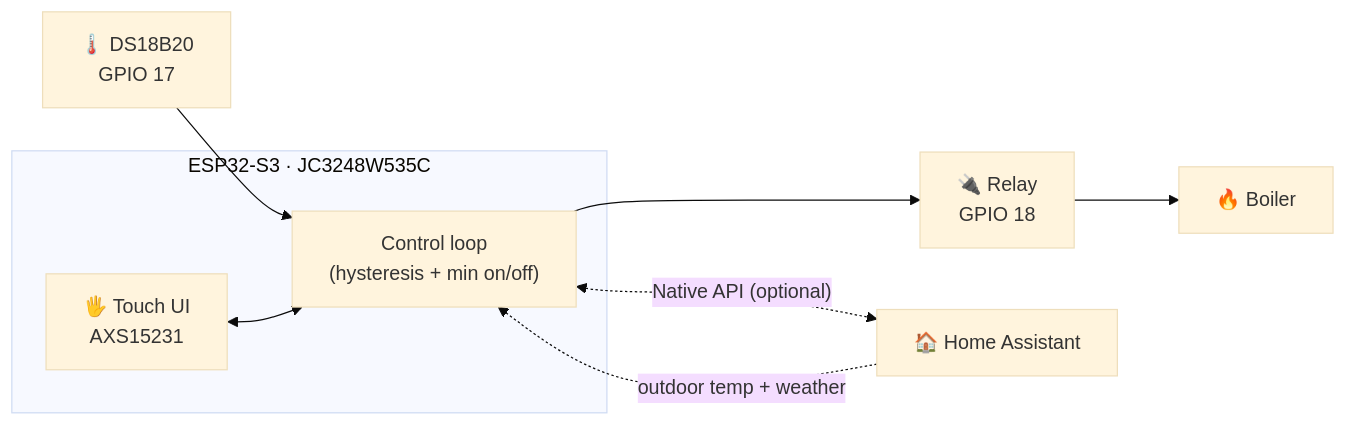
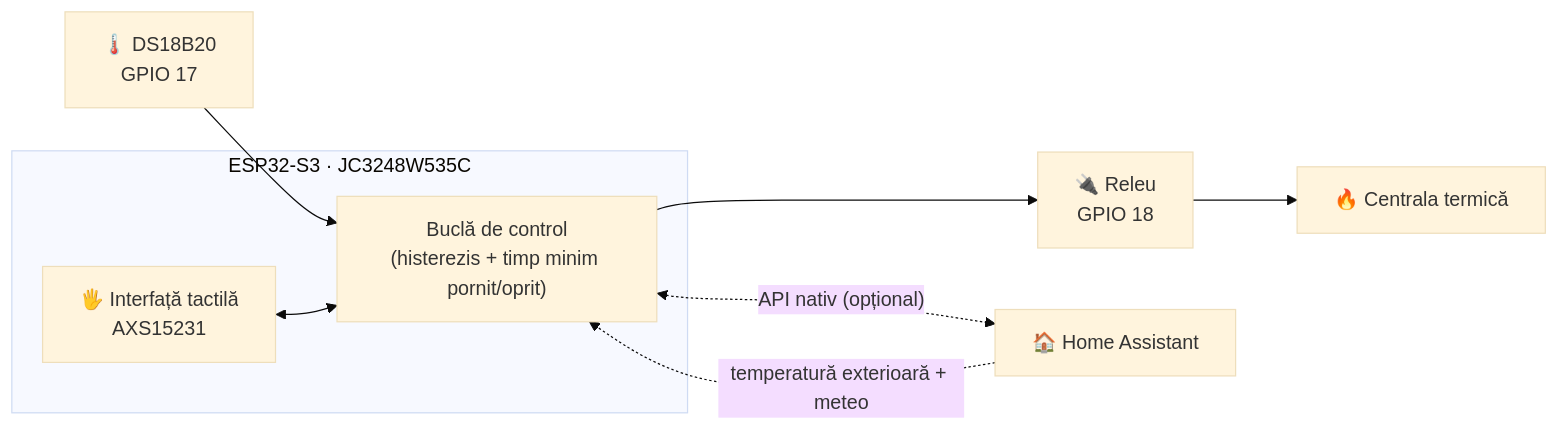
Before and after one commit to DaradiciLevente/jc3248w535c-esphome-termostat: the diagram in RO/readme.md, drawn with Mermaid (base theme). The commit also changed other lines of this file, not shown here.

````diff
--- a/RO/readme.md
+++ b/RO/readme.md
@@ -64,13 +66,13 @@
 ```mermaid
 flowchart LR
     S["🌡️ DS18B20<br/>GPIO 17"] --> C
     subgraph ESP["ESP32-S3 · JC3248W535C"]
-        C["Control loop<br/>(hysteresis + min on/off)"]
-        T["🖐️ Touch UI<br/>AXS15231"]
+        C["Buclă de control<br/>(histerezis + timp minim pornit/oprit)"]
+        T["🖐️ Interfață tactilă<br/>AXS15231"]
         T <--> C
     end
-    C --> R["🔌 Relay<br/>GPIO 18"]
-    R --> B["🔥 Boiler"]
-    C <-. "Native API (optional)" .-> HA["🏠 Home Assistant"]
-    HA -. "outdoor temp + weather" .-> C
+    C --> R["🔌 Releu<br/>GPIO 18"]
+    R --> B["🔥 Centrala termică"]
+    C <-. "API nativ (opțional)" .-> HA["🏠 Home Assistant"]
+    HA -. "temperatură exterioară + meteo" .-> C
 ```
````
